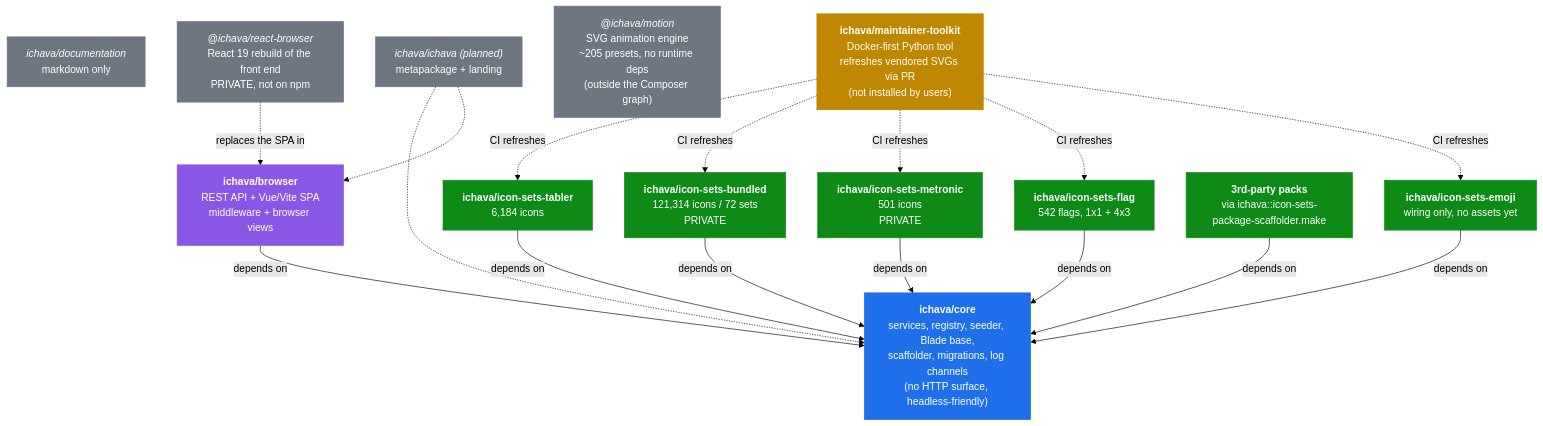
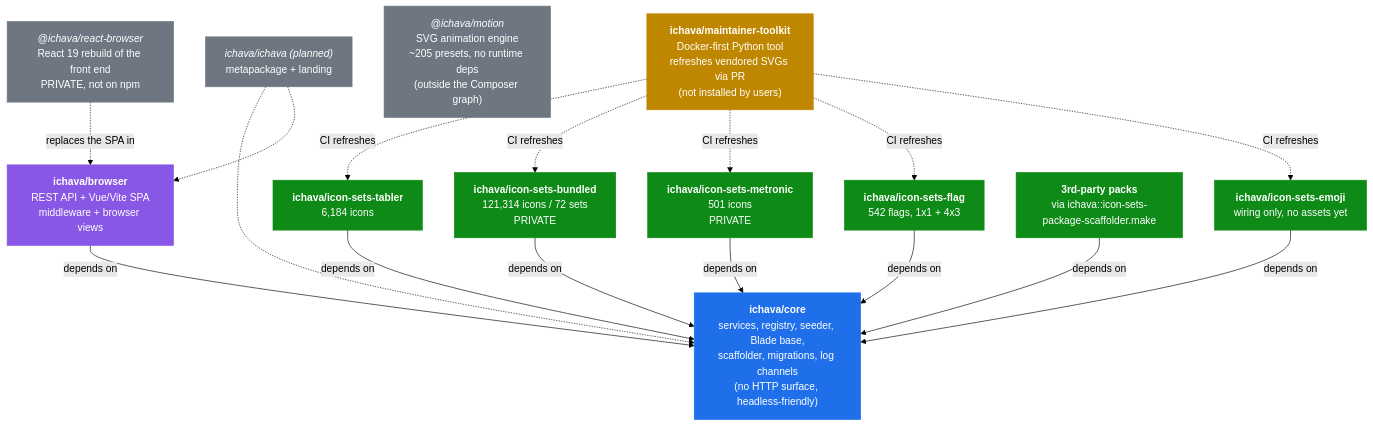
The first of 3 diagrams in docs/architecture.md (ichava/core), drawn with Mermaid (forest theme) before and after one commit. The commit also changed other lines of this file and 5 other files, not shown here.

````diff
--- a/docs/architecture.md
+++ b/docs/architecture.md
@@ -29,43 +29,42 @@
 ```mermaid
 flowchart TB
     core["<b>ichava/core</b><br/>services, registry, seeder, Blade base,<br/>scaffolder, migrations, log channels<br/>(no HTTP surface, headless-friendly)"]
     browser["<b>ichava/browser</b><br/>REST API + Vue/Vite SPA<br/>middleware + browser views"]
     tabler["<b>ichava/icon-sets-tabler</b><br/>6,184 icons"]
     bundled["<b>ichava/icon-sets-bundled</b><br/>121,314 icons / 72 sets<br/>PRIVATE"]
     metronic["<b>ichava/icon-sets-metronic</b><br/>501 icons<br/>PRIVATE"]
     flag["<b>ichava/icon-sets-flag</b><br/>542 flags, 1x1 + 4x3"]
     emoji["<b>ichava/icon-sets-emoji</b><br/>wiring only, no assets yet"]
     third["<b>3rd-party packs</b><br/>via ichava::icon-sets-package-scaffolder.make"]
-    docs["<i>ichava/documentation</i><br/>markdown only"]
     meta["<i>ichava/ichava (planned)</i><br/>metapackage + landing"]
     toolkit["<b>ichava/maintainer-toolkit</b><br/>Docker-first Python tool<br/>refreshes vendored SVGs via PR<br/>(not installed by users)"]
     motion["<i>@ichava/motion</i><br/>SVG animation engine<br/>~205 presets, no runtime deps<br/>(outside the Composer graph)"]
     react["<i>@ichava/react-browser</i><br/>React 19 rebuild of the front end<br/>PRIVATE, not on npm"]
 
     browser -- depends on --> core
     tabler -- depends on --> core
     bundled -- depends on --> core
     metronic -- depends on --> core
     flag -- depends on --> core
     emoji -- depends on --> core
     third -- depends on --> core
     meta -.-> core
     meta -.-> browser
     toolkit -. CI refreshes .-> tabler
     toolkit -. CI refreshes .-> bundled
     toolkit -. CI refreshes .-> metronic
     toolkit -. CI refreshes .-> flag
     toolkit -. CI refreshes .-> emoji
     react -. replaces the SPA in .-> browser
 
     classDef engine fill:#1f6feb,stroke:#1f6feb,color:#fff
     classDef http fill:#8957e5,stroke:#8957e5,color:#fff
     classDef pack fill:#0e8a16,stroke:#0e8a16,color:#fff
     classDef other fill:#6e7681,stroke:#6e7681,color:#fff
     classDef tooling fill:#bf8700,stroke:#bf8700,color:#fff
     class core engine
     class browser http
     class tabler,bundled,metronic,flag,emoji,third pack
     class docs,meta,motion,react other
     class toolkit tooling
 ```
````
